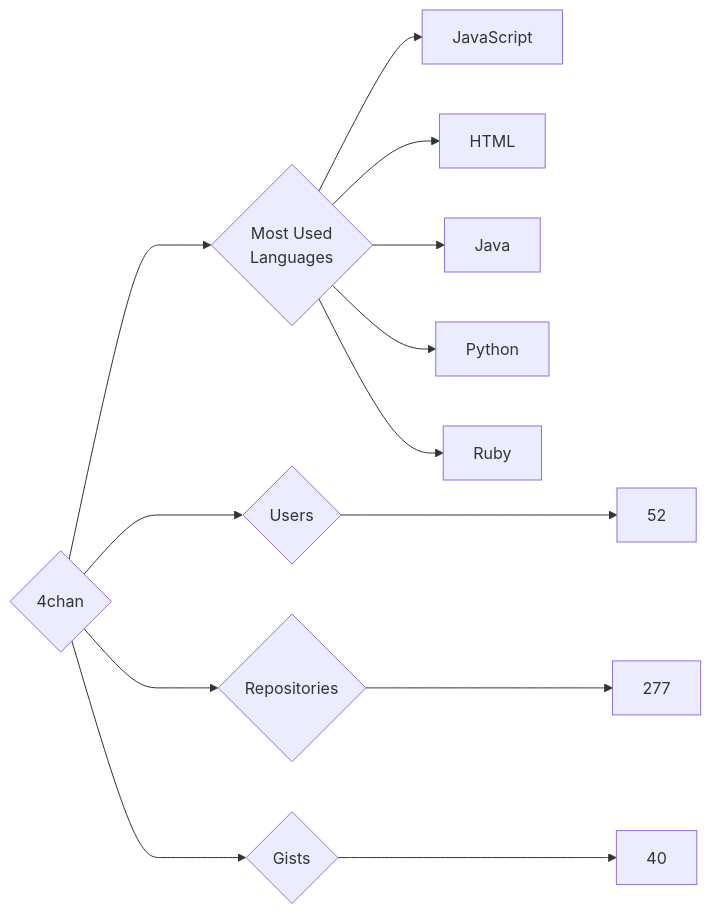
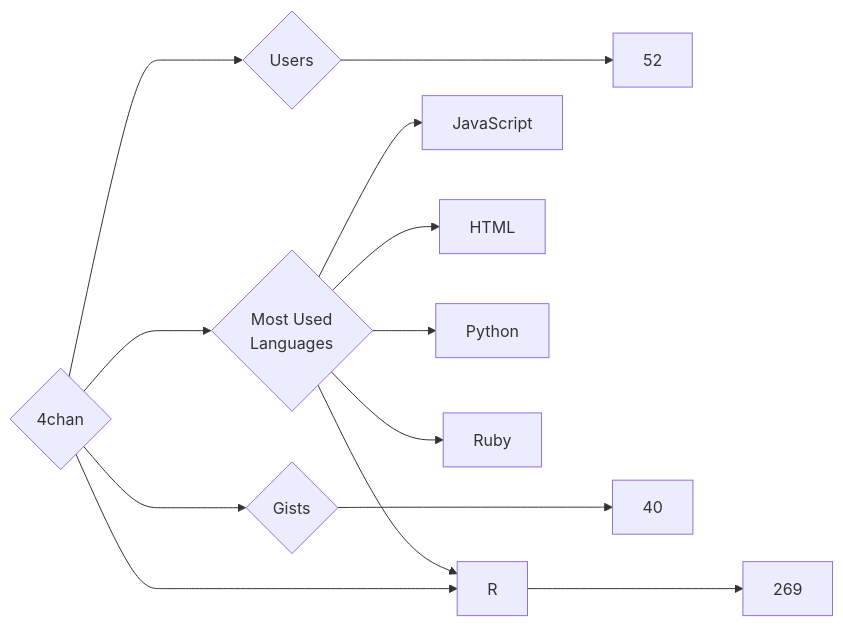
The diagram in targets/4chan/README.md (trickest/insiders), drawn with Mermaid before and after one commit. The commit also changed 860 other files, not shown here.

````diff
--- a/targets/4chan/README.md
+++ b/targets/4chan/README.md
@@ -3,13 +3,13 @@
 ```mermaid
 graph LR
 COMPANY_NAME{4chan}
 COMPANY_NAME ---> U{Users} ---> UN[52]
-COMPANY_NAME ---> R{Repositories} ---> RN[277]
+COMPANY_NAME ---> R{Repositories} ---> RN[269]
 COMPANY_NAME ---> G{Gists} ---> GN[40]
 COMPANY_NAME ---> ML{Most Used<br>Languages}
 ML --> JavaScript[JavaScript]
 ML --> HTML[HTML]
-ML --> Java[Java]
 ML --> Python[Python]
 ML --> Ruby[Ruby]
+ML --> R[R]
 ```
````
